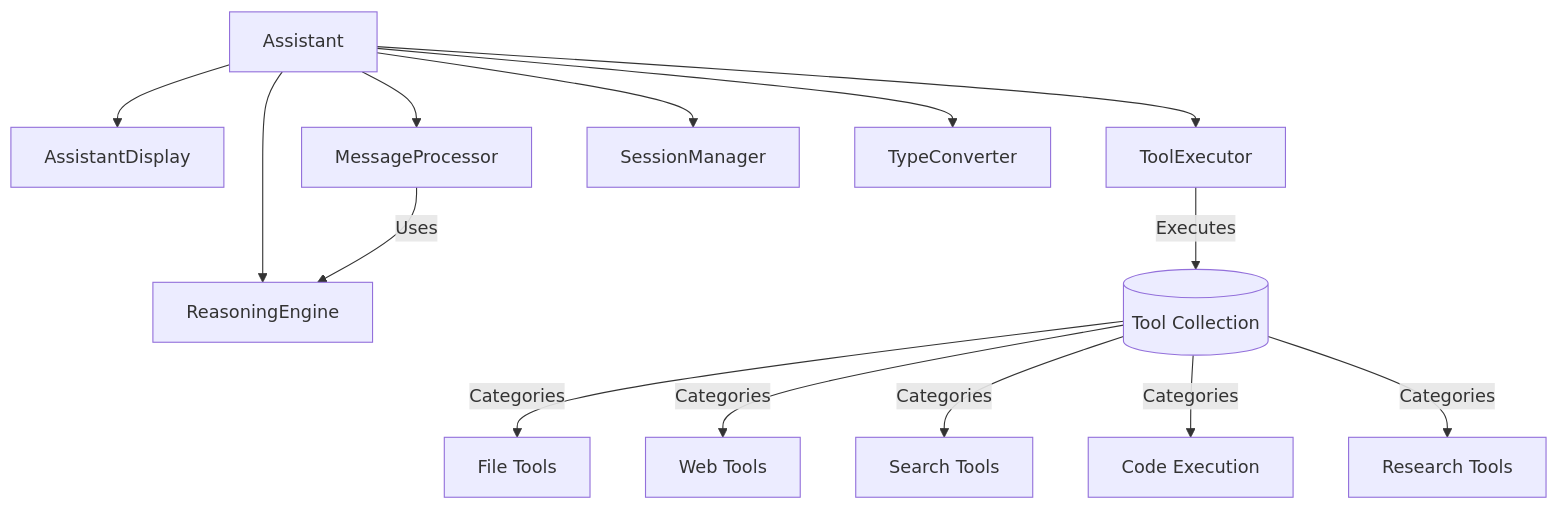
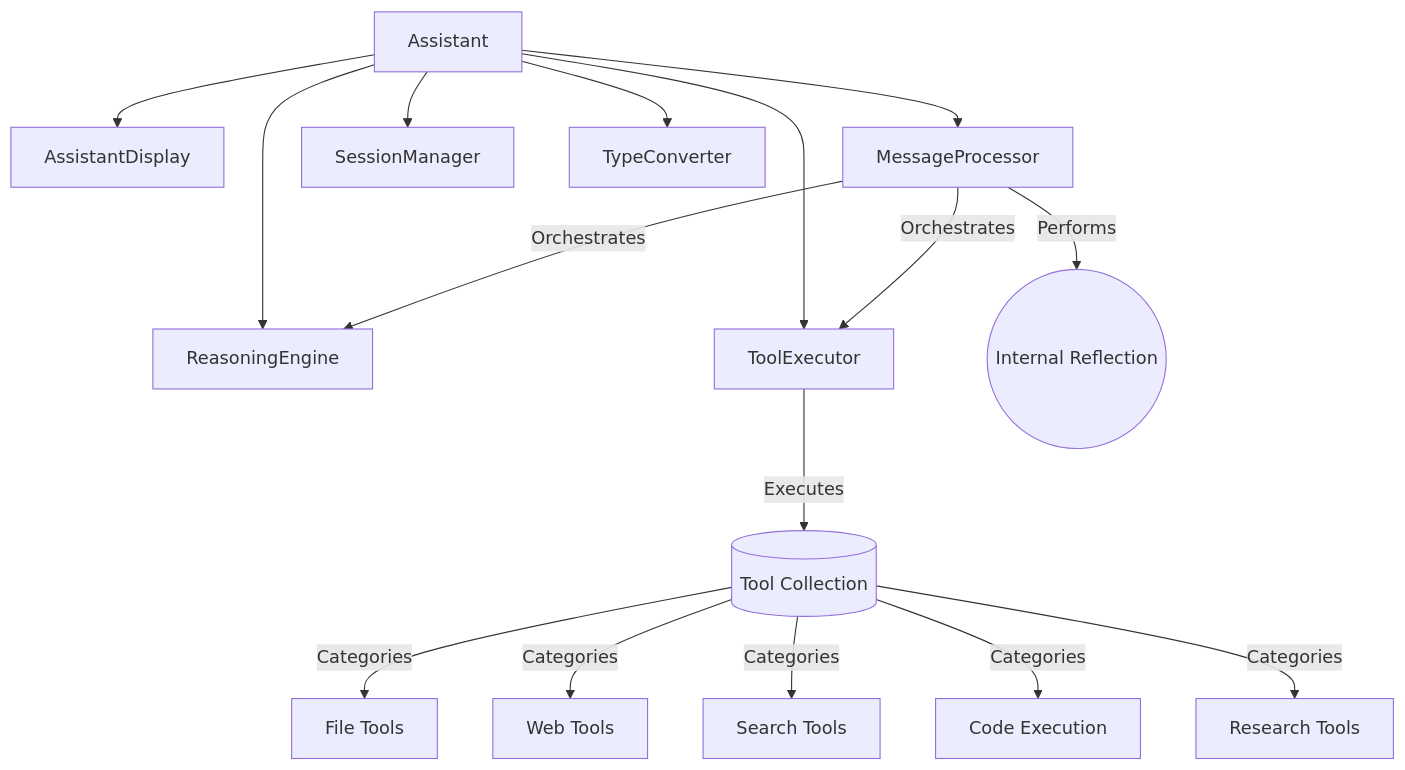
The second of 3 diagrams in README.md (DragonL57/gem-assist-linux), drawn with Mermaid before and after one commit. The commit also changed other lines of this file and 8 other files, not shown here.

````diff
--- a/README.md
+++ b/README.md
@@ -76,17 +69,19 @@
 ```mermaid
 graph TB
     Assistant[Assistant] --> Display[AssistantDisplay]
     Assistant --> Messaging[MessageProcessor]
     Assistant --> Reasoning[ReasoningEngine]
     Assistant --> ToolExec[ToolExecutor]
     Assistant --> Session[SessionManager]
     Assistant --> Converter[TypeConverter]
-    
-    Messaging --Uses--> Reasoning
+
+    Messaging --Orchestrates--> Reasoning
+    Messaging --Orchestrates--> ToolExec
+    Messaging --Performs--> Reflection((Internal Reflection))
     ToolExec --Executes--> Tools[(Tool Collection)]
     Tools --Categories--> Files[File Tools]
     Tools --Categories--> Web[Web Tools]
     Tools --Categories--> Search[Search Tools]
     Tools --Categories--> Code[Code Execution]
     Tools --Categories--> Research[Research Tools]
 ```
````
